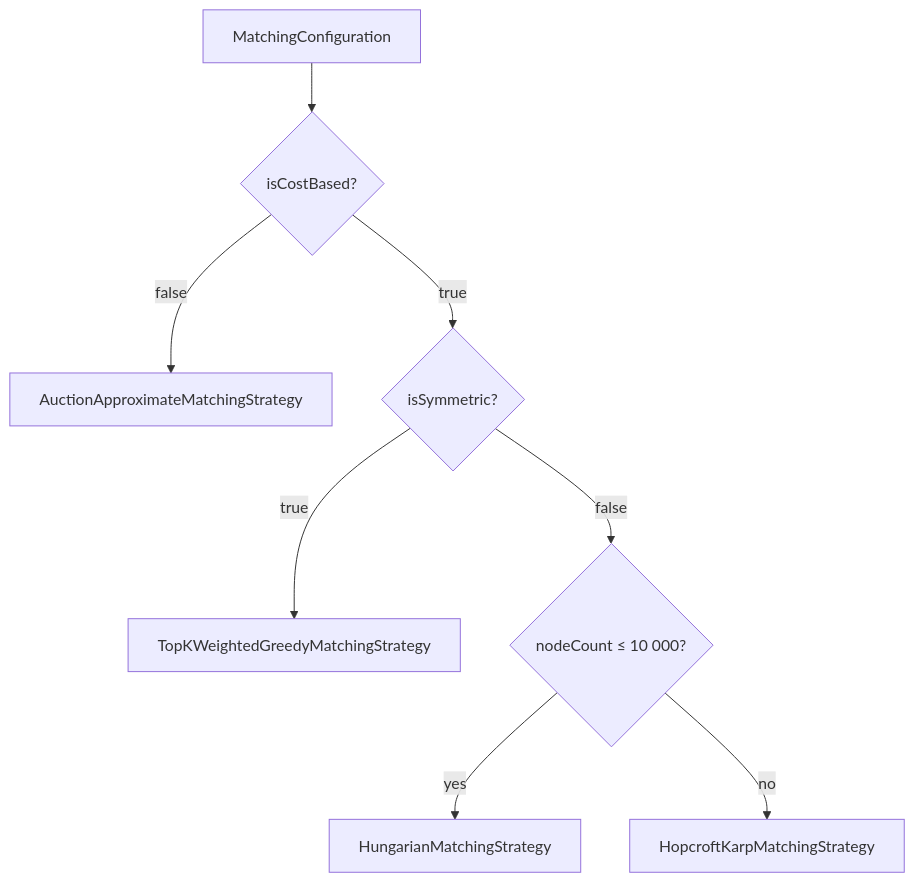
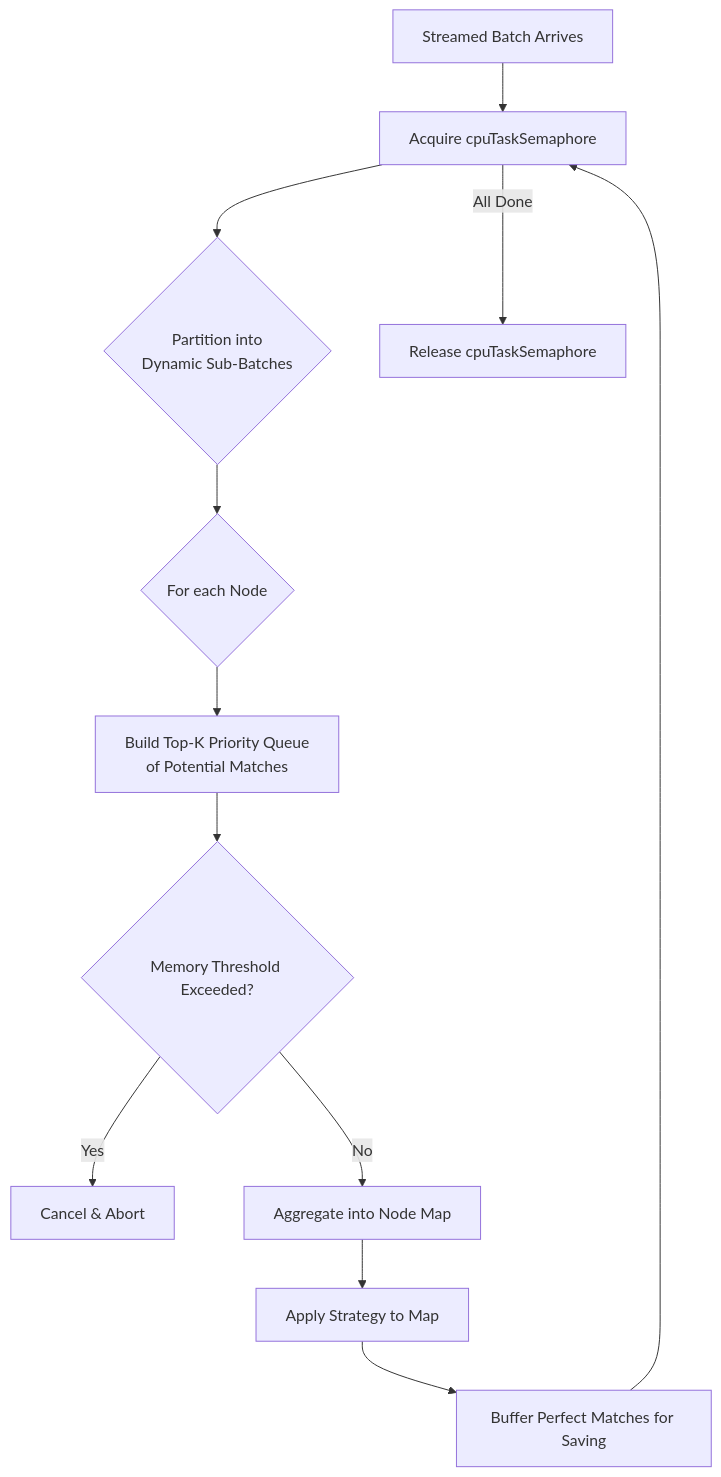
Before and after one commit to kagit00/schedule_x: the fifth of 11 diagrams in docs/Low Level Designs/ScheduledPerfectMatchesCreation.md, drawn with Mermaid. The commit also changed other lines of this file, not shown here.

````diff
--- a/docs/Low Level Designs/ScheduledPerfectMatchesCreation.md
+++ b/docs/Low Level Designs/ScheduledPerfectMatchesCreation.md
@@ -108,10 +288,14 @@
 ```mermaid
 flowchart TD
-    A[MatchingConfiguration] --> B{isCostBased?}
-    B -->|false| C[AuctionApproximateMatchingStrategy]
-    B -->|true| D{isSymmetric?}
-    D -->|true| E[TopKWeightedGreedyMatchingStrategy]
-    D -->|false| F{nodeCount ≤ 10 000?}
-    F -->|yes| G[HungarianMatchingStrategy]
-    F -->|no| H[HopcroftKarpMatchingStrategy]
+    A[Streamed Batch Arrives] --> B[Acquire cpuTaskSemaphore]
+    B --> C{Partition into<br>Dynamic Sub-Batches}
+    C --> D{For each Node}
+    D --> E[Build Top-K Priority Queue<br>of Potential Matches]
+    E --> F{Memory Threshold Exceeded?}
+    F -- Yes --> G[Cancel & Abort]
+    F -- No --> H[Aggregate into Node Map]
+    H --> I[Apply Strategy to Map]
+    I --> J[Buffer Perfect Matches for Saving]
+    J --> B
+    B -- All Done --> K[Release cpuTaskSemaphore]
 ```
````
